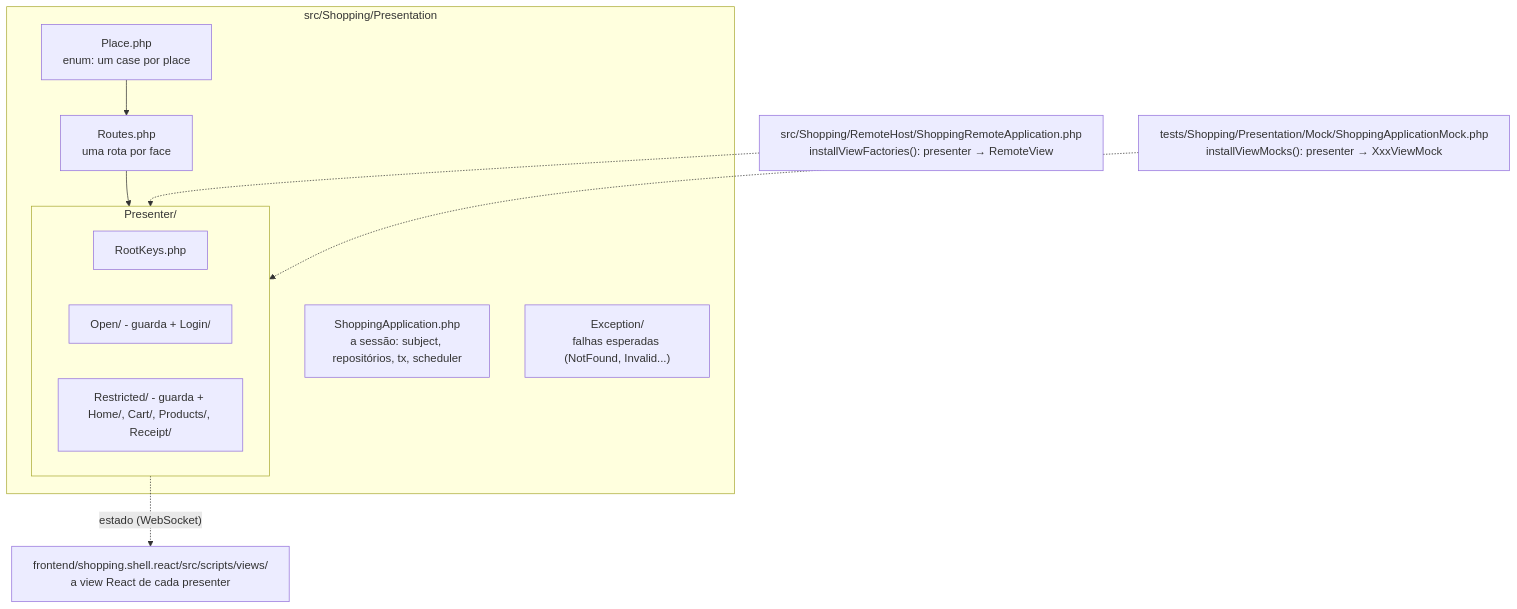
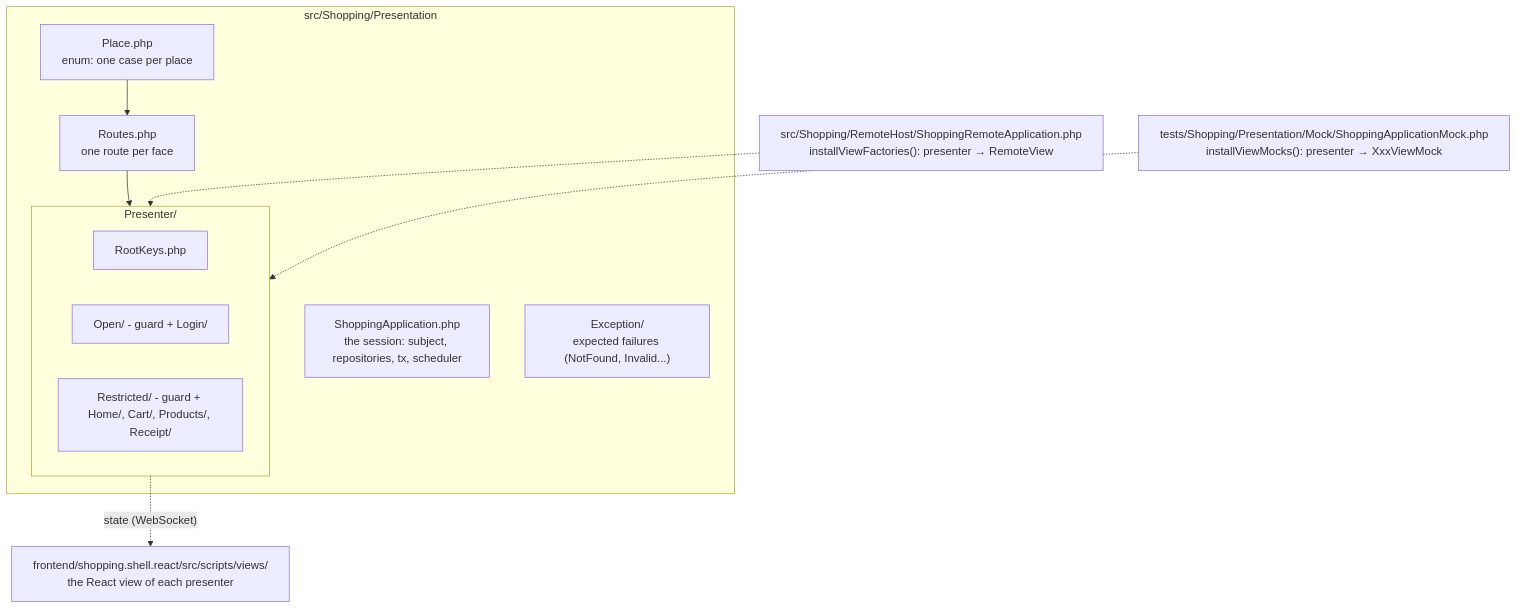
Before and after one commit to mrcdom/wdc-cube-php: the first of 5 diagrams in docs/dev/presentation-module.md, drawn with Mermaid. The commit also changed other lines of this file and 303 other files, not shown here.

````diff
--- a/docs/dev/presentation-module.md
+++ b/docs/dev/presentation-module.md
@@ -66,23 +66,23 @@
 ```mermaid
 flowchart TD
     subgraph pres["src/Shopping/Presentation"]
-        place["Place.php<br/>enum: um case por place"]
-        routes["Routes.php<br/>uma rota por face"]
-        app["ShoppingApplication.php<br/>a sessão: subject, repositórios, tx, scheduler"]
+        place["Place.php<br/>enum: one case per place"]
+        routes["Routes.php<br/>one route per face"]
+        app["ShoppingApplication.php<br/>the session: subject, repositories, tx, scheduler"]
         subgraph presenter["Presenter/"]
             rootk["RootKeys.php"]
-            open["Open/ - guarda + Login/"]
-            restr["Restricted/ - guarda + Home/, Cart/, Products/, Receipt/"]
+            open["Open/ - guard + Login/"]
+            restr["Restricted/ - guard + Home/, Cart/, Products/, Receipt/"]
         end
-        exc["Exception/<br/>falhas esperadas (NotFound, Invalid...)"]
+        exc["Exception/<br/>expected failures (NotFound, Invalid...)"]
     end
     host["src/Shopping/RemoteHost/ShoppingRemoteApplication.php<br/>installViewFactories(): presenter → RemoteView"]
     mock["tests/Shopping/Presentation/Mock/ShoppingApplicationMock.php<br/>installViewMocks(): presenter → XxxViewMock"]
-    react["frontend/shopping.shell.react/src/scripts/views/<br/>a view React de cada presenter"]
+    react["frontend/shopping.shell.react/src/scripts/views/<br/>the React view of each presenter"]
 
     place --> routes
     routes --> presenter
     host -.-> presenter
     mock -.-> presenter
-    presenter -. "estado (WebSocket)" .-> react
+    presenter -. "state (WebSocket)" .-> react
 ```
````
